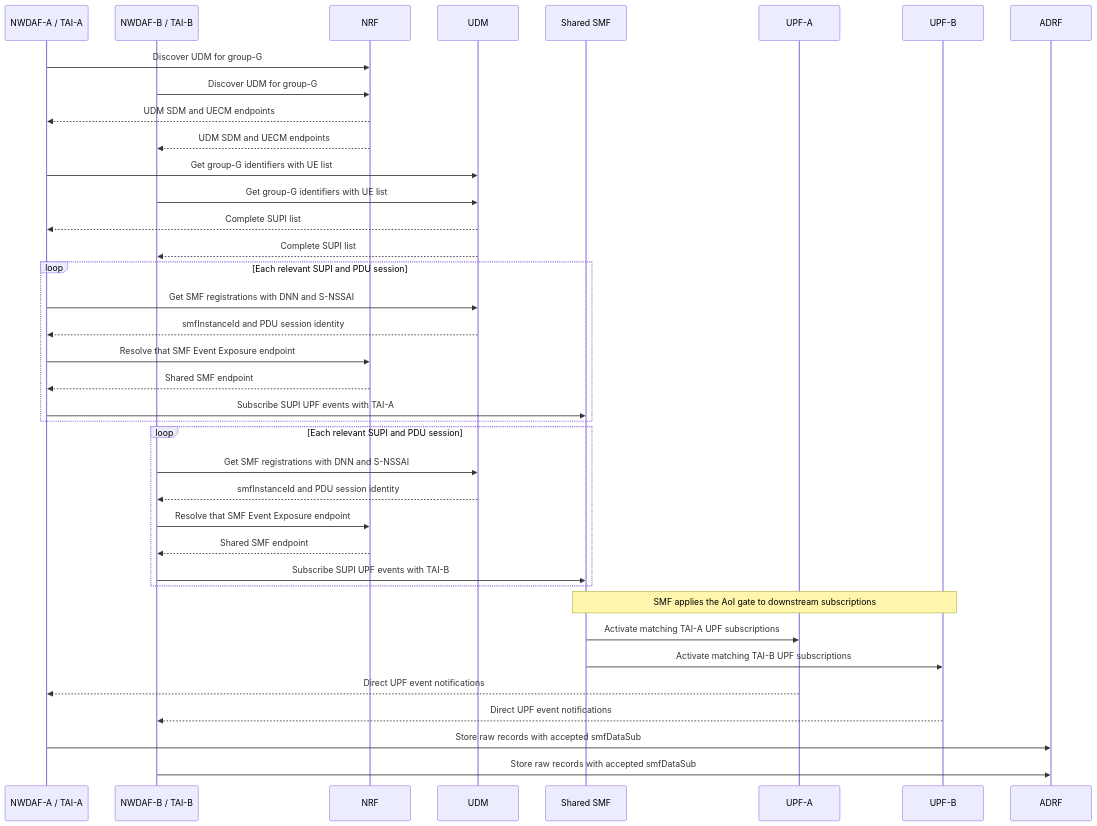
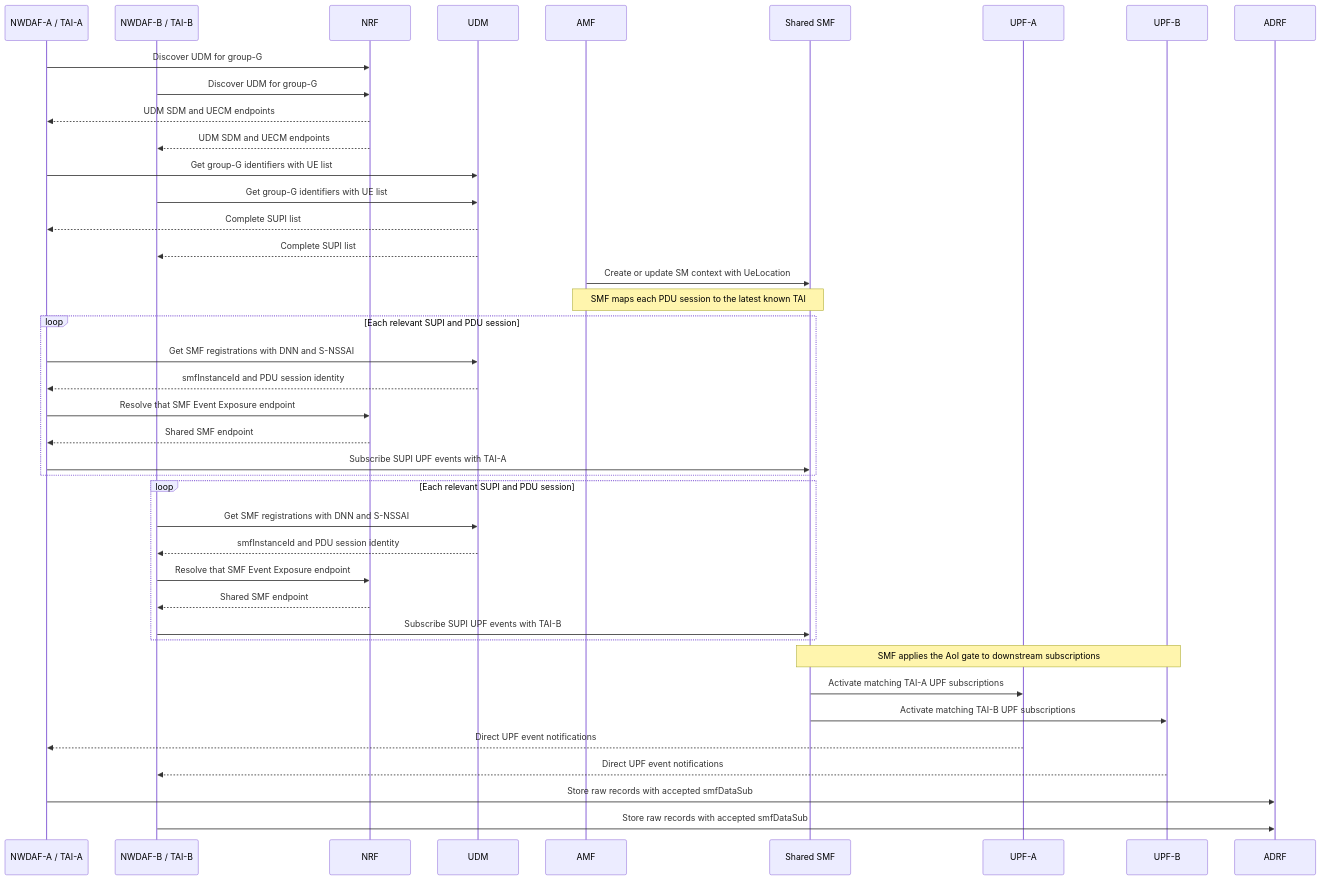
Before and after one commit to ChingJe/nwdaf-docs: the fourth of 7 diagrams in docs/design/Distributed NWDAF Model Monitoring And Federated Retraining Architecture.md, drawn with Mermaid. The commit also changed other lines of this file, not shown here.

First line of the commit message:
docs(fl): clarify SMF AoI location mapping

````diff
--- a/docs/design/Distributed NWDAF Model Monitoring And Federated Retraining Architecture.md
+++ b/docs/design/Distributed NWDAF Model Monitoring And Federated Retraining Architecture.md
@@ -386,44 +423,48 @@
 ```mermaid
 sequenceDiagram
     participant A as NWDAF-A / TAI-A
     participant B as NWDAF-B / TAI-B
     participant NRF as NRF
     participant UDM as UDM
+    participant AMF as AMF
     participant SMF as Shared SMF
     participant UA as UPF-A
     participant UB as UPF-B
     participant ADRF as ADRF
 
     A->>NRF: Discover UDM for group-G
     B->>NRF: Discover UDM for group-G
     NRF-->>A: UDM SDM and UECM endpoints
     NRF-->>B: UDM SDM and UECM endpoints
     A->>UDM: Get group-G identifiers with UE list
     B->>UDM: Get group-G identifiers with UE list
     UDM-->>A: Complete SUPI list
     UDM-->>B: Complete SUPI list
+
+    AMF->>SMF: Create or update SM context with UeLocation
+    Note over AMF,SMF: SMF maps each PDU session to the latest known TAI
 
     loop Each relevant SUPI and PDU session
         A->>UDM: Get SMF registrations with DNN and S-NSSAI
         UDM-->>A: smfInstanceId and PDU session identity
         A->>NRF: Resolve that SMF Event Exposure endpoint
         NRF-->>A: Shared SMF endpoint
         A->>SMF: Subscribe SUPI UPF events with TAI-A
     end
 
     loop Each relevant SUPI and PDU session
         B->>UDM: Get SMF registrations with DNN and S-NSSAI
         UDM-->>B: smfInstanceId and PDU session identity
         B->>NRF: Resolve that SMF Event Exposure endpoint
         NRF-->>B: Shared SMF endpoint
         B->>SMF: Subscribe SUPI UPF events with TAI-B
     end
 
     Note over SMF,UB: SMF applies the AoI gate to downstream subscriptions
     SMF->>UA: Activate matching TAI-A UPF subscriptions
     SMF->>UB: Activate matching TAI-B UPF subscriptions
     UA-->>A: Direct UPF event notifications
     UB-->>B: Direct UPF event notifications
     A->>ADRF: Store raw records with accepted smfDataSub
     B->>ADRF: Store raw records with accepted smfDataSub
 ```
````
